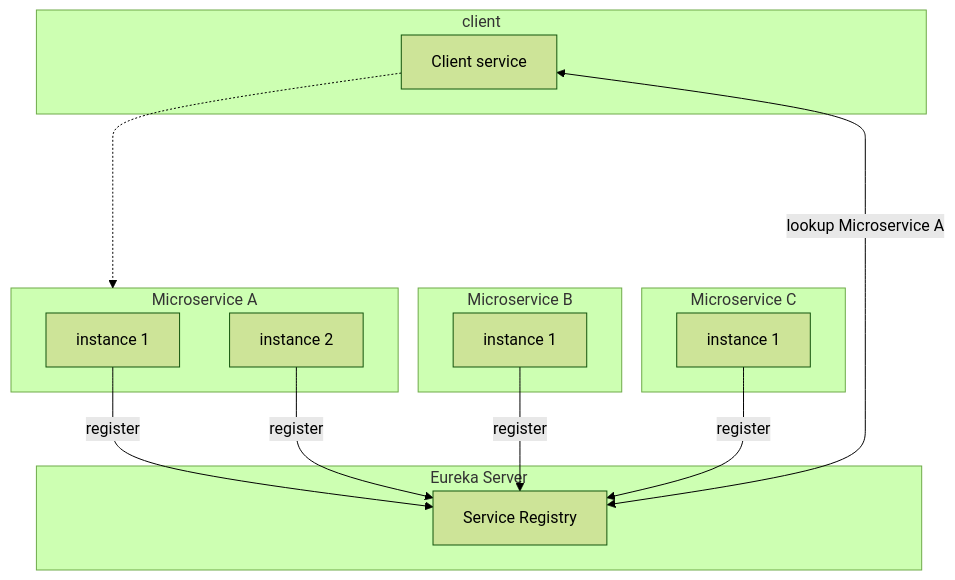
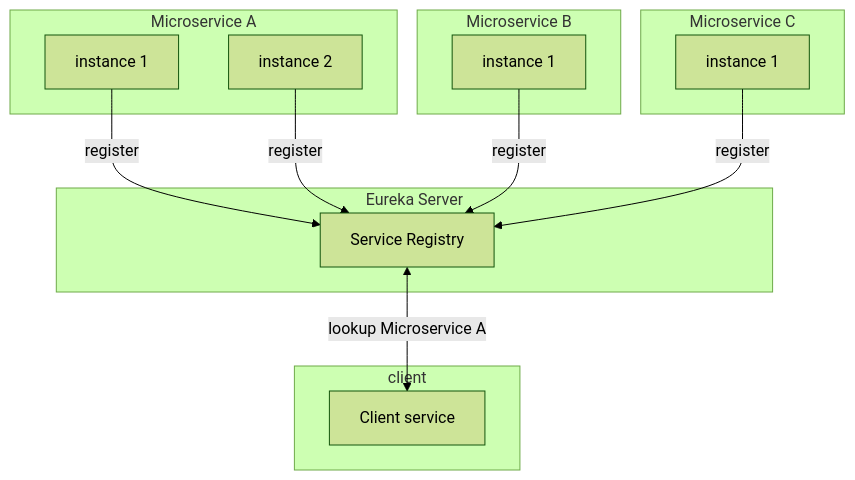
The diagram in service-discovery/README.md (sonamsamdupkhangsar/sonamsamdupkhangsar.github.io), drawn with Mermaid (forest theme) before and after one commit.

Commit message:
add service discovery

````diff
--- a/service-discovery/README.md
+++ b/service-discovery/README.md
@@ -7,27 +7,26 @@
 ```mermaid
-flowchart TD   
-    D -...->mA
+flowchart TD       
     subgraph mA["Microservice A"]
     A1[instance 1]
     A2[instance 2]
     end
     subgraph "Microservice B"
     B[instance 1]
     end
     subgraph "Microservice C"
     C[instance 1]
     end
     subgraph "Eureka Server"
     Eureka[Service Registry]
     end
     subgraph client
     D[Client service] 
     end
 
     A1 --> |register| Eureka
     A2 --> |register| Eureka
     B --> |register| Eureka
     C --> |register| Eureka
     Eureka <-->|lookup Microservice A| D
     
 ``` 
````
